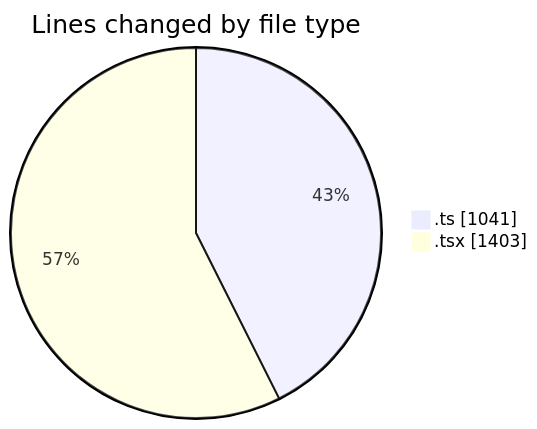
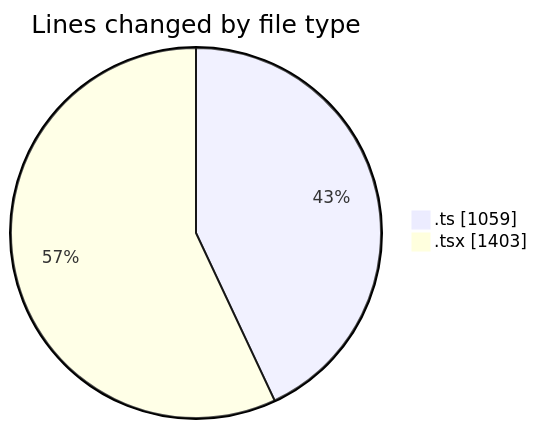
The first of 2 diagrams in 2025-09-02/cda/README.md (momahboobian/code-tracking), drawn with Mermaid before and after one commit. The commit also changed other lines of this file and 1 other file, not shown here.

````diff
--- a/2025-09-02/cda/README.md
+++ b/2025-09-02/cda/README.md
@@ -28,6 +28,6 @@
 ```mermaid
 pie showData
 title Lines changed by file type
-".ts" : 1041
+".ts" : 1059
 ".tsx" : 1403
 ```
````
